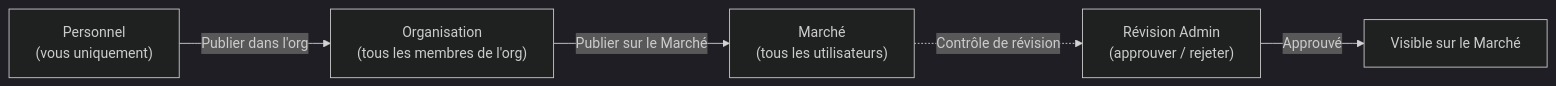
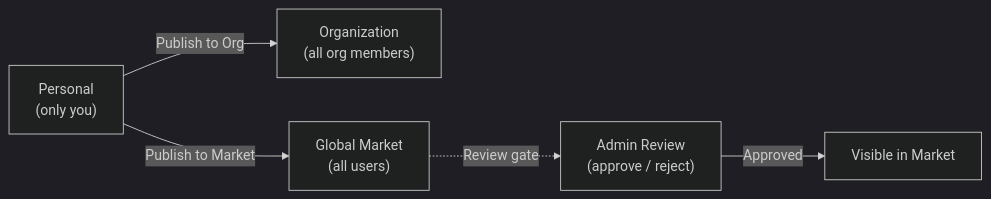
One commit to fim-ai/fim-agent changed the diagram in docs/fr/concepts/market.mdx. Above: the diagram before and after it, drawn with Mermaid (dark theme). The commit also changed other lines of this file and 72 other files, not shown here.

First line of the commit message:
feat: refine marketplace UX — subscriber badges, publish dialog, market page layout, and docs restructure

````diff
--- a/docs/fr/concepts/market.mdx
+++ b/docs/fr/concepts/market.mdx
@@ -18,7 +71,7 @@
 ```mermaid
 flowchart LR
-    P["Personnel<br/>(vous uniquement)"] -->|"Publier dans l'org"| O["Organisation<br/>(tous les membres de l'org)"]
-    O -->|"Publier sur le Marché"| M["Marché<br/>(tous les utilisateurs)"]
-    M -.->|"Contrôle de révision"| R["Révision Admin<br/>(approuver / rejeter)"]
-    R -->|"Approuvé"| V["Visible sur le Marché"]
+    P["Personal<br/>(only you)"] -->|"Publish to Org"| O["Organization<br/>(all org members)"]
+    P -->|"Publish to Market"| M["Global Market<br/>(all users)"]
+    M -.->|"Review gate"| R["Admin Review<br/>(approve / reject)"]
+    R -->|"Approved"| V["Visible in Market"]
 ```
````
